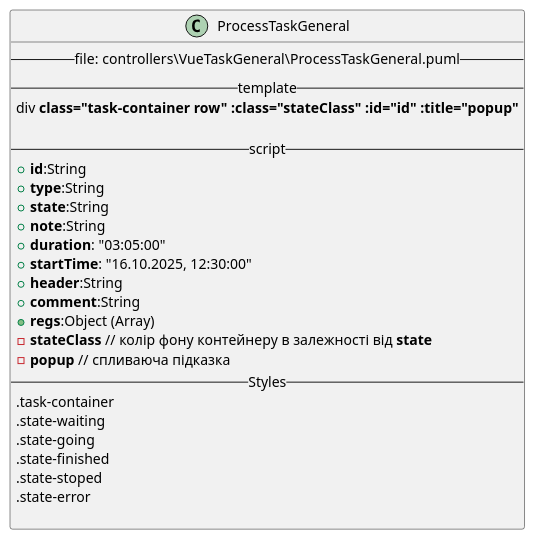
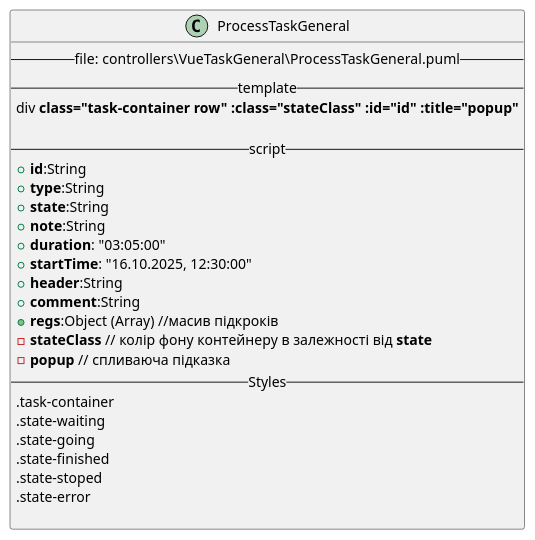
One commit to YVitalii/ASUTP2021 changed the diagram in controllers/VueTaskGeneral/ProcessTaskGeneral.puml. Above: the diagram before and after it, drawn with PlantUML. The commit also changed 7 other files, not shown here.

```diff
--- a/controllers/VueTaskGeneral/ProcessTaskGeneral.puml
+++ b/controllers/VueTaskGeneral/ProcessTaskGeneral.puml
@@ -1,30 +1,30 @@
 @startuml ProcessTaskGeneral
 
 class ProcessTaskGeneral {
     -- file: controllers\VueTaskGeneral\ProcessTaskGeneral.puml --
     -- template --
     div **class="task-container row" :class="stateClass" :id="id" :title="popup"**
 
     -- script --
      +**id**:String
      +**type**:String
      +**state**:String
      +**note**:String
      +**duration**: "03:05:00"
      +**startTime**: "16.10.2025, 12:30:00"
      +**header**:String
      +**comment**:String
-     +**regs**:Object (Array)
+     +**regs**:Object (Array) //масив підкроків
      -**stateClass** // колір фону контейнеру в залежності від **state**
      -**popup** // спливаюча підказка
     -- Styles --
      .task-container
      .state-waiting
      .state-going
      .state-finished
      .state-stoped
      .state-error
 
 }
 
 @enduml
```
